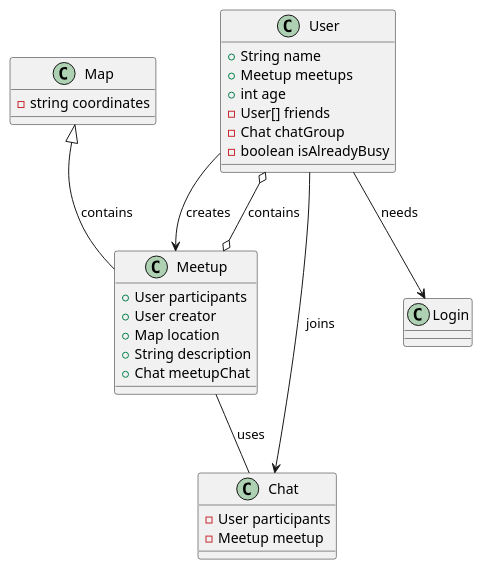
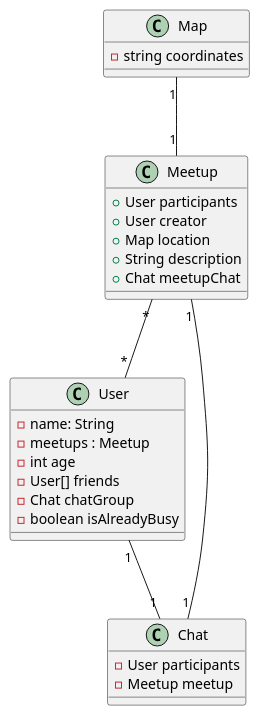
The diagram in asciidocs/Klassendiagramm.adoc (2223-3bhif-syp/02-projekte-mopedmeetup), drawn with PlantUML before and after one commit. The commit also changed other lines of this file, not shown here.

Commit message:
small update on klassendiagramm

```diff
--- a/asciidocs/Klassendiagramm.adoc
+++ b/asciidocs/Klassendiagramm.adoc
@@ -13,34 +6,31 @@
 [plantuml, target=diagram-classes, format=png]
 ....
 class User {
-    +String name
-    +Meetup meetups
-    +int age
+    - name: String
+    - meetups : Meetup
+    - int age
     - User[] friends
     - Chat chatGroup
     - boolean isAlreadyBusy
 }
 class Meetup {
     + User participants
     + User creator
     + Map location
     + String description
     + Chat meetupChat
 }
-class Login {
-}
+
 class Map {
     -string coordinates
 }
 class Chat {
     - User participants
     - Meetup meetup
 }
 
-Meetup o--o User : contains
-Map <|-- Meetup : contains
-User --> Meetup : creates
-User --> Login : needs
-Meetup -- Chat : uses
-User --> Chat : joins
+Meetup "*"--"*" User : ""
+Map "1"--"1" Meetup : ""
+Meetup "1"--"1" Chat : ""
+User "1"--"1" Chat : ""
 ....
```
